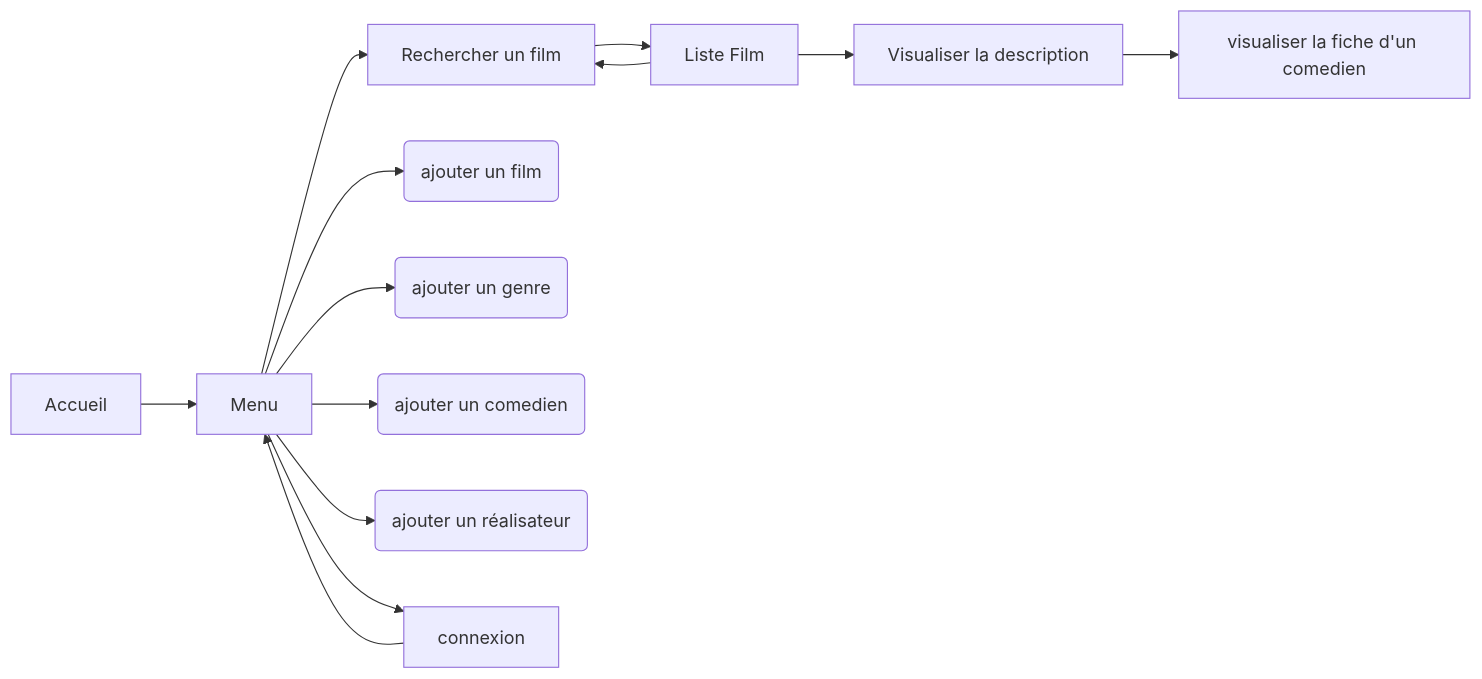
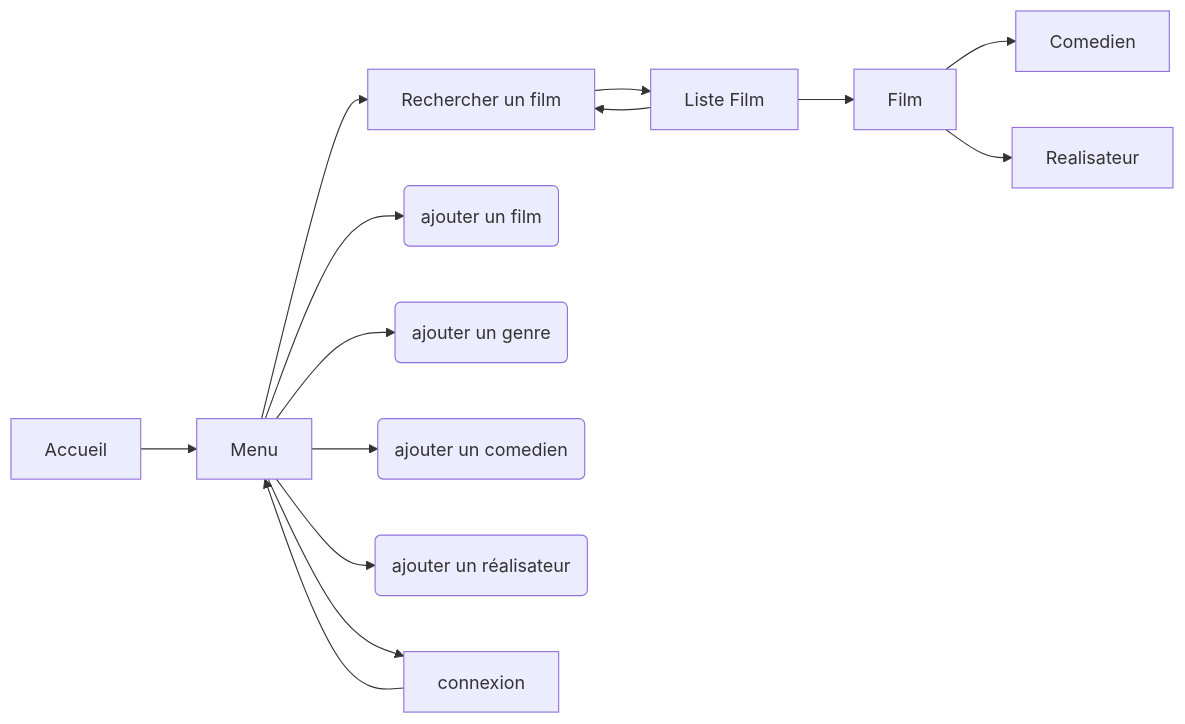
One commit to Remynder0/cours_BUT_24-25 changed the first of 3 diagrams in README.md. Above: the diagram before and after it, drawn with Mermaid. The commit also changed other lines of this file, not shown here.

````diff
--- a/README.md
+++ b/README.md
@@ -120,24 +120,27 @@
 ```mermaid
 graph LR
 
 A[Accueil]
-B[Visualiser la description]
+B[Film]
 C[Rechercher un film]
 D[Liste Film] 
 E[Menu]
-J[visualiser la fiche d'un comedien]
+J[Comedien]
 F(ajouter un film)
 G(ajouter un genre) 
 H(ajouter un comedien) 
 I(ajouter un réalisateur)
 K[connexion]
+L[Realisateur]
 
 A --> E --> C --> D --> B --> J
+B --> L
 D --> C
 E --> F
 E --> G
 E --> H
 E --> I
 E --> K
 K --> E
+
 ```
````
